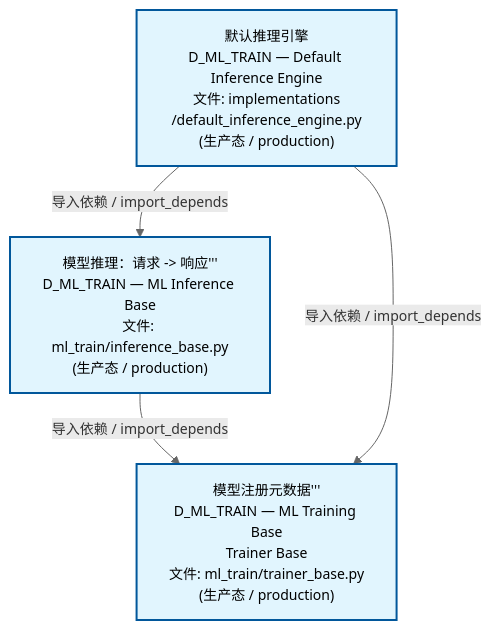
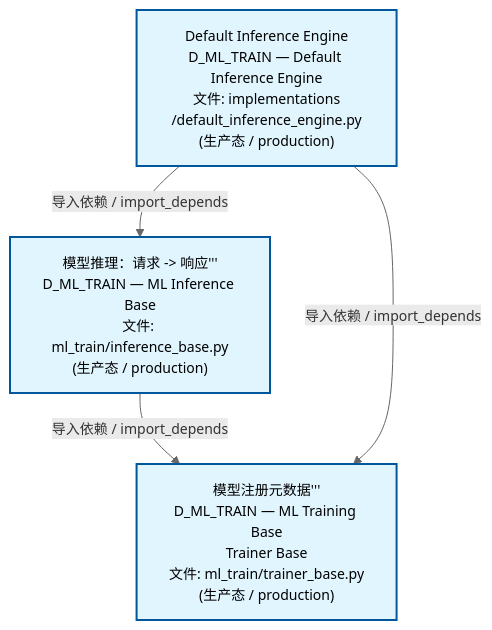
Before and after one commit to xuanFelixVan/ZephyrAlpha: the second of 4 diagrams in docs/02_enterprise_architecture/02_domain_architecture_docs/61_d_ml_train.md, drawn with Mermaid. The commit also changed other lines of this file and 51 other files, not shown here.

````diff
--- a/docs/02_enterprise_architecture/02_domain_architecture_docs/61_d_ml_train.md
+++ b/docs/02_enterprise_architecture/02_domain_architecture_docs/61_d_ml_train.md
@@ -107,15 +107,15 @@
 ```mermaid
 %%{init: {'theme': 'base', 'themeVariables': {'primaryColor': '#eaeaea', 'primaryTextColor': '#333333', 'primaryBorderColor': '#666666', 'lineColor': '#666666', 'secondaryColor': '#eaeaea', 'tertiaryColor': '#eaeaea', 'fontSize': '14px'}}}%%
 flowchart TD
-    src_zephyr_ml_train_implementations_default_inference_engine_py["默认推理引擎<br/>D_ML_TRAIN — Default Inference Engine<br/>文件: implementations<br/>/default_inference_engine.py<br/>(生产态 / production)"]
+    src_zephyr_ml_train_implementations_default_inference_engine_py["Default Inference Engine<br/>D_ML_TRAIN — Default Inference Engine<br/>文件: implementations<br/>/default_inference_engine.py<br/>(生产态 / production)"]
     src_zephyr_ml_train_inference_base_py["模型推理：请求 -> 响应'''<br/>D_ML_TRAIN — ML Inference Base<br/>文件: ml_train/inference_base.py<br/>(生产态 / production)"]
     src_zephyr_ml_train_trainer_base_py["模型注册元数据'''<br/>D_ML_TRAIN — ML Training Base<br/>Trainer Base<br/>文件: ml_train/trainer_base.py<br/>(生产态 / production)"]
     src_zephyr_ml_train_inference_base_py -->|导入依赖 / import_depends| src_zephyr_ml_train_trainer_base_py
     src_zephyr_ml_train_implementations_default_inference_engine_py -->|导入依赖 / import_depends| src_zephyr_ml_train_trainer_base_py
     src_zephyr_ml_train_implementations_default_inference_engine_py -->|导入依赖 / import_depends| src_zephyr_ml_train_inference_base_py
     classDef production fill:#e1f5fe,stroke:#01579b,stroke-width:2px,color:#000
     classDef design fill:#fff3e0,stroke:#e65100,stroke-width:2px,color:#000,stroke-dasharray: 5 5
     classDef external_prod fill:#e8f4fd,stroke:#0277bd,stroke-width:1px,color:#000
     classDef external_design fill:#fff8e7,stroke:#ef6c00,stroke-width:1px,color:#000,stroke-dasharray: 5 5
     class src_zephyr_ml_train_implementations_default_inference_engine_py,src_zephyr_ml_train_inference_base_py,src_zephyr_ml_train_trainer_base_py production
 ```
````
